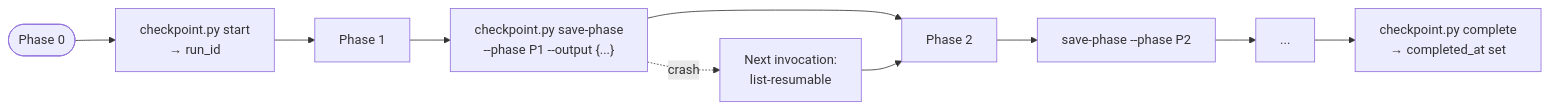
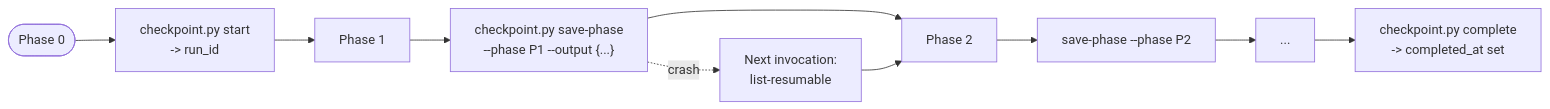
One commit to artemrudenko/skill-governance-toolkit changed the ninth of 9 diagrams in docs/user-guide.ru.md. Above: the diagram before and after it, drawn with Mermaid. The commit also changed other lines of this file and 1 other file, not shown here.

````diff
--- a/docs/user-guide.ru.md
+++ b/docs/user-guide.ru.md
@@ -934,13 +579,13 @@
 ```mermaid
 flowchart LR
-    Start([Phase 0]) --> Save0["checkpoint.py start<br/>→ run_id"]
+    Start([Phase 0]) --> Save0["checkpoint.py start<br/>-> run_id"]
     Save0 --> P1[Phase 1]
     P1 --> Save1["checkpoint.py save-phase<br/>--phase P1 --output {...}"]
     Save1 --> P2[Phase 2]
     P2 --> Save2["save-phase --phase P2"]
     Save2 --> Pn[...]
-    Pn --> Done["checkpoint.py complete<br/>→ completed_at set"]
+    Pn --> Done["checkpoint.py complete<br/>-> completed_at set"]
 
     Save1 -.crash.-> Resume[Next invocation:<br/>list-resumable]
     Resume --> P2
 ```
````
